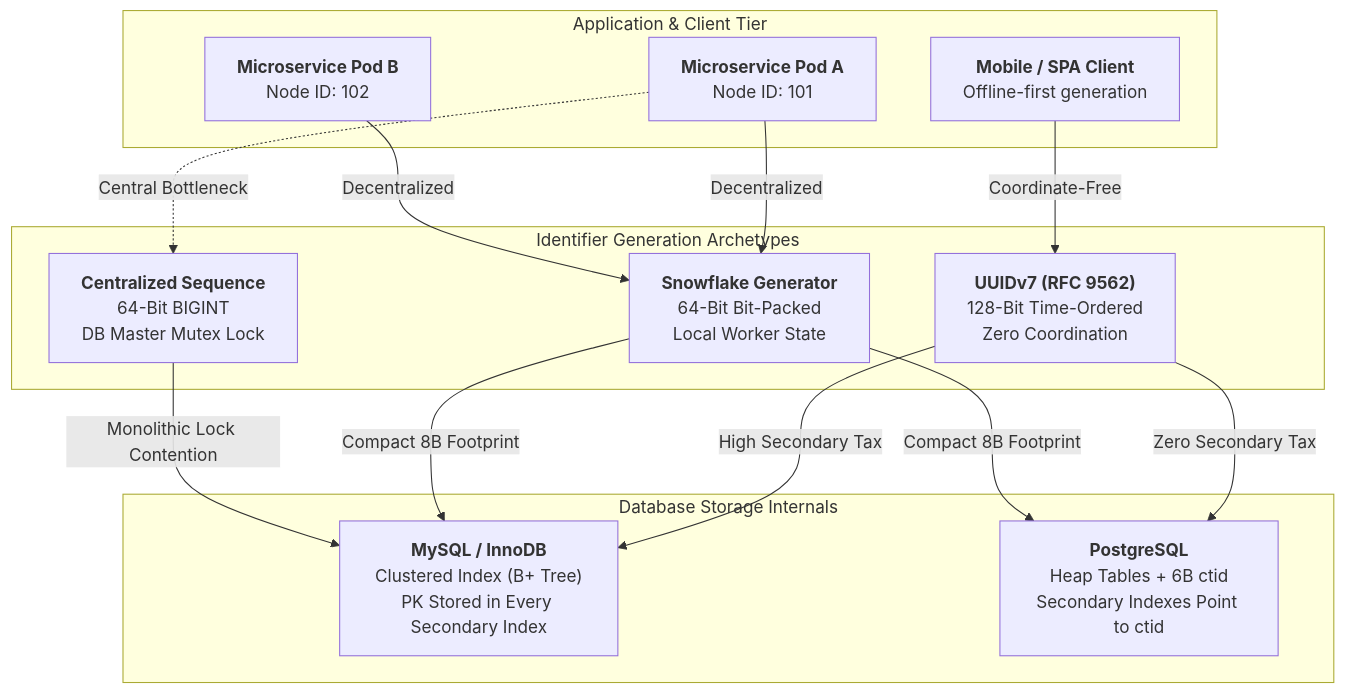
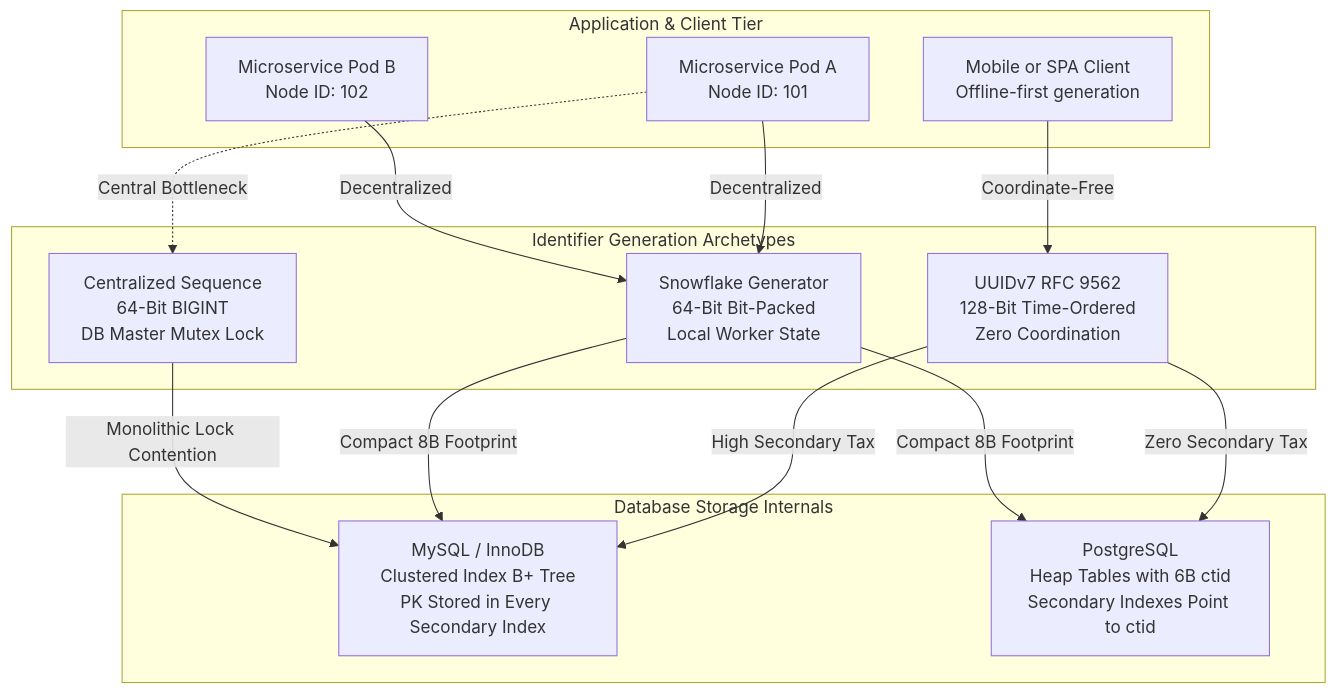
Before and after one commit to vesviet/vesviet: the first of 7 diagrams in content/series/architectural-tradeoffs-showdowns/03-primary-key-showdown-uuidv7-vs-snowflake-vs-bigint.md, drawn with Mermaid. The commit also changed other lines of this file, not shown here.

Commit message:
fix(series): resolve mermaid 10.9 syntax errors in postgres heap and architecture diagrams

````diff
--- a/content/series/architectural-tradeoffs-showdowns/03-primary-key-showdown-uuidv7-vs-snowflake-vs-bigint.md
+++ b/content/series/architectural-tradeoffs-showdowns/03-primary-key-showdown-uuidv7-vs-snowflake-vs-bigint.md
@@ -45,30 +45,30 @@
 ```mermaid
 flowchart TD
-    subgraph ClientTier["Application & Client Tier"]
-        C1["<b>Mobile / SPA Client</b><br/>Offline-first generation"]
-        S1["<b>Microservice Pod A</b><br/>Node ID: 101"]
-        S2["<b>Microservice Pod B</b><br/>Node ID: 102"]
+    subgraph ClientTier ["Application & Client Tier"]
+        C1["Mobile or SPA Client<br/>Offline-first generation"]
+        S1["Microservice Pod A<br/>Node ID: 101"]
+        S2["Microservice Pod B<br/>Node ID: 102"]
     end
 
-    subgraph GenStrategies["Identifier Generation Archetypes"]
-        G1["<b>UUIDv7 (RFC 9562)</b><br/>128-Bit Time-Ordered<br/>Zero Coordination"]
-        G2["<b>Snowflake Generator</b><br/>64-Bit Bit-Packed<br/>Local Worker State"]
-        G3["<b>Centralized Sequence</b><br/>64-Bit BIGINT<br/>DB Master Mutex Lock"]
+    subgraph GenStrategies ["Identifier Generation Archetypes"]
+        G1["UUIDv7 RFC 9562<br/>128-Bit Time-Ordered<br/>Zero Coordination"]
+        G2["Snowflake Generator<br/>64-Bit Bit-Packed<br/>Local Worker State"]
+        G3["Centralized Sequence<br/>64-Bit BIGINT<br/>DB Master Mutex Lock"]
     end
 
-    subgraph StorageEngines["Database Storage Internals"]
-        M1["<b>MySQL / InnoDB</b><br/>Clustered Index (B+ Tree)<br/>PK Stored in Every Secondary Index"]
-        P1["<b>PostgreSQL</b><br/>Heap Tables + 6B ctid<br/>Secondary Indexes Point to ctid"]
+    subgraph StorageEngines ["Database Storage Internals"]
+        M1["MySQL / InnoDB<br/>Clustered Index B+ Tree<br/>PK Stored in Every Secondary Index"]
+        P1["PostgreSQL<br/>Heap Tables with 6B ctid<br/>Secondary Indexes Point to ctid"]
     end
 
     C1 -->|Coordinate-Free| G1
     S1 -->|Decentralized| G2
     S2 -->|Decentralized| G2
     S1 -.->|Central Bottleneck| G3
 
     G1 -->|High Secondary Tax| M1
     G1 -->|Zero Secondary Tax| P1
     G2 -->|Compact 8B Footprint| M1
     G2 -->|Compact 8B Footprint| P1
     G3 -->|Monolithic Lock Contention| M1
 ```
````
